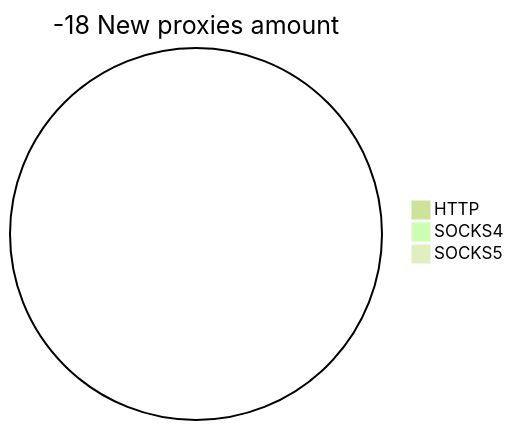
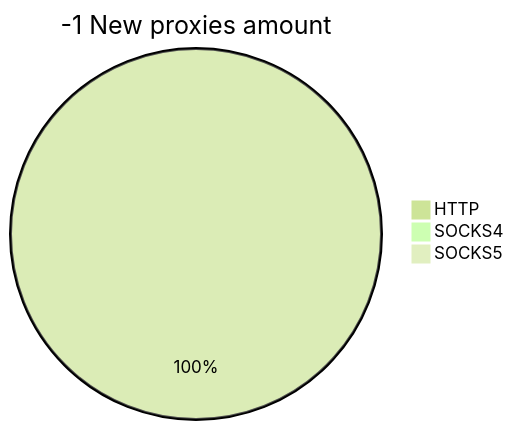
One commit to cutipu/proxylist changed the second of 2 diagrams in README.md. Above: the diagram before and after it, drawn with Mermaid (forest theme). The commit also changed other lines of this file, not shown here.

````diff
--- a/README.md
+++ b/README.md
@@ -10,6 +10,6 @@
 ```mermaid
-pie title -18 New proxies amount
-    "HTTP" : 0
+pie title -1 New proxies amount
+    "HTTP" : 1
     "SOCKS4" : 0
     "SOCKS5" : 0
 ```
````
